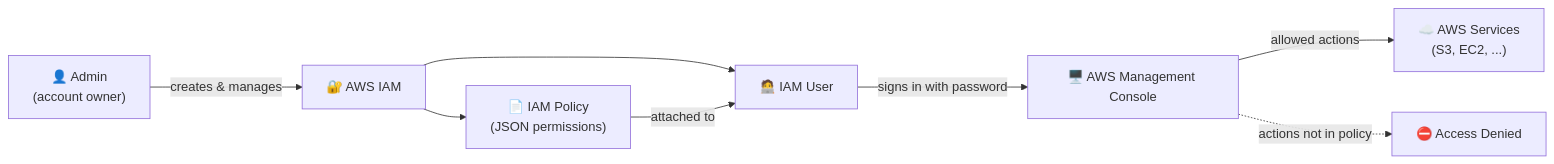
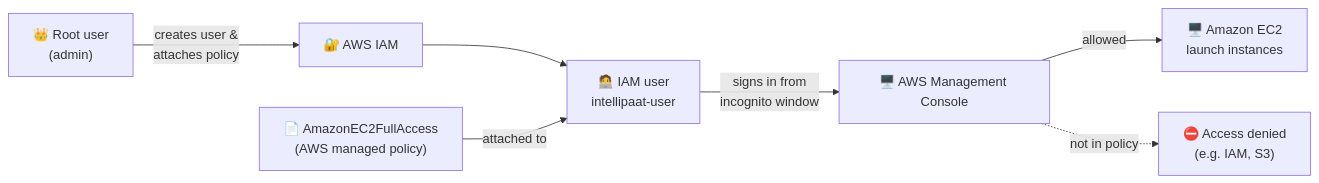
One commit to miraclechinwe/aws-cloud-labs changed the first of 5 diagrams in 05-iam-user-console-access/README.md. Above: the diagram before and after it, drawn with Mermaid. The commit also changed other lines of this file and 2 other files, not shown here.

First line of the commit message:
Rewrite IAM labs as Demo 1 (console) and Demo 2 (AWS CLI) from class notes

````diff
--- a/05-iam-user-console-access/README.md
+++ b/05-iam-user-console-access/README.md
@@ -29,10 +31,9 @@
 ```mermaid
 flowchart LR
-    Admin["👤 Admin<br/>(account owner)"] -->|creates & manages| IAM["🔐 AWS IAM"]
-    IAM --> User["🧑‍💻 IAM User"]
-    IAM --> Policy["📄 IAM Policy<br/>(JSON permissions)"]
-    Policy -->|attached to| User
-    User -->|signs in with password| Console["🖥️ AWS Management Console"]
-    Console -->|allowed actions| Services["☁️ AWS Services<br/>(S3, EC2, ...)"]
-    Console -.->|actions not in policy| Denied["⛔ Access Denied"]
+    Root["👑 Root user<br/>(admin)"] -->|creates user &<br/>attaches policy| IAM["🔐 AWS IAM"]
+    IAM --> User["🧑‍💻 IAM user<br/>intellipaat-user"]
+    Policy["📄 AmazonEC2FullAccess<br/>(AWS managed policy)"] -->|attached to| User
+    User -->|signs in from<br/>incognito window| Console["🖥️ AWS Management Console"]
+    Console -->|allowed| EC2["🖥️ Amazon EC2<br/>launch instances"]
+    Console -.->|not in policy| Denied["⛔ Access denied<br/>(e.g. IAM, S3)"]
 ```
````
